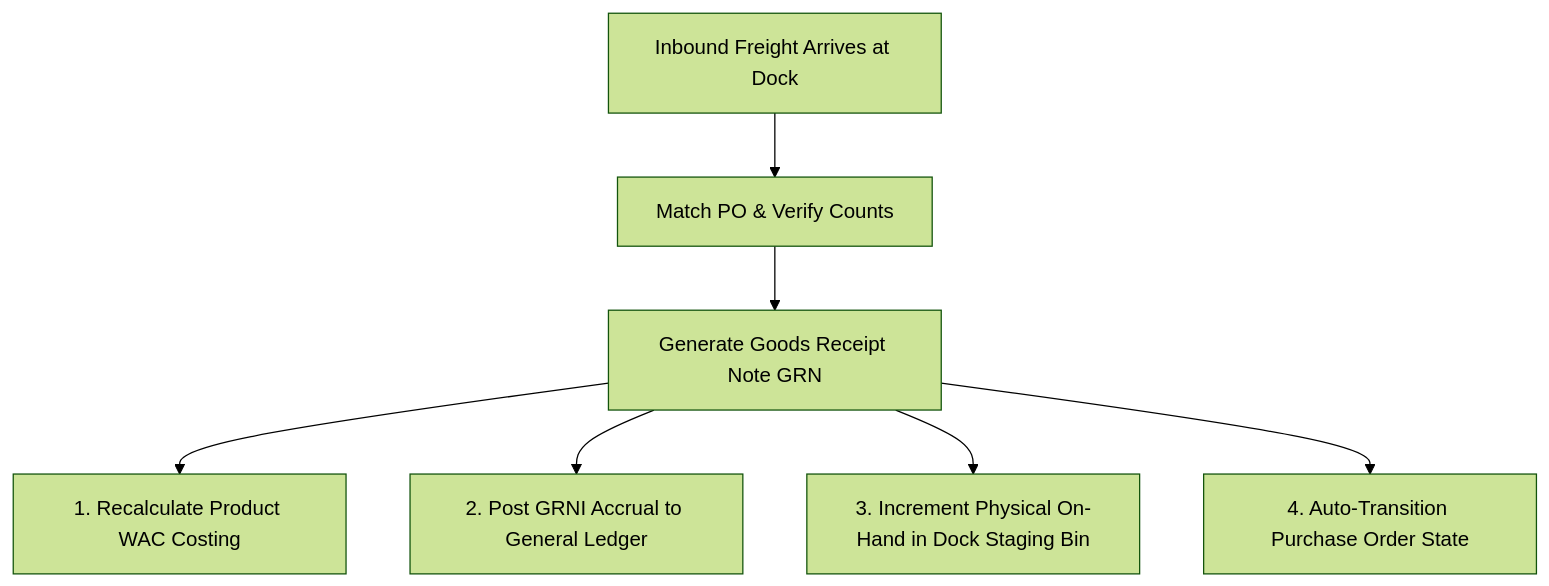
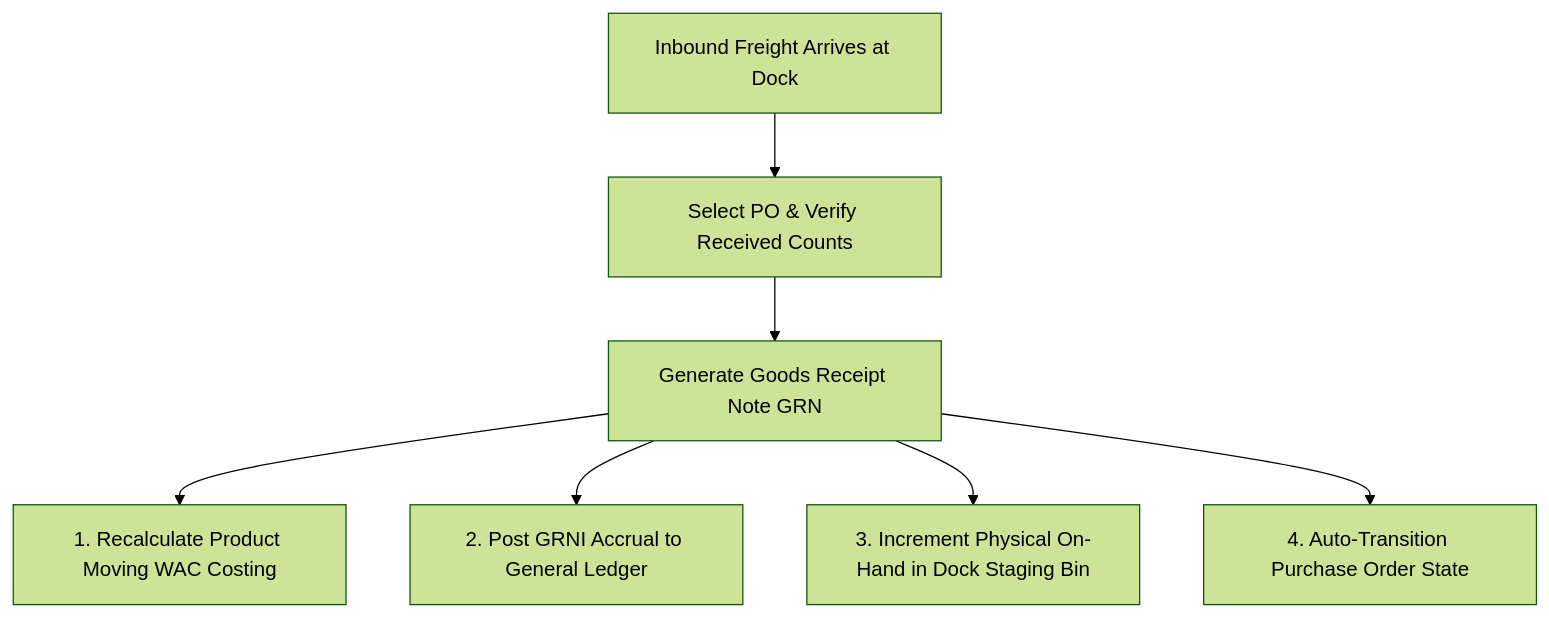
The diagram in docs/user/receiving.md (herobmdotcom/herobm), drawn with Mermaid (forest theme) before and after one commit. The commit also changed other lines of this file and 22 other files, not shown here.

````diff
--- a/docs/user/receiving.md
+++ b/docs/user/receiving.md
@@ -46,9 +46,9 @@
 ```mermaid
 flowchart TD
-    A[Inbound Freight Arrives at Dock] --> B[Match PO & Verify Counts]
+    A[Inbound Freight Arrives at Dock] --> B[Select PO & Verify Received Counts]
     B --> C[Generate Goods Receipt Note GRN]
-    C --> D[1. Recalculate Product WAC Costing]
+    C --> D[1. Recalculate Product Moving WAC Costing]
     C --> E[2. Post GRNI Accrual to General Ledger]
     C --> F[3. Increment Physical On-Hand in Dock Staging Bin]
     C --> G[4. Auto-Transition Purchase Order State]
 ```
````
